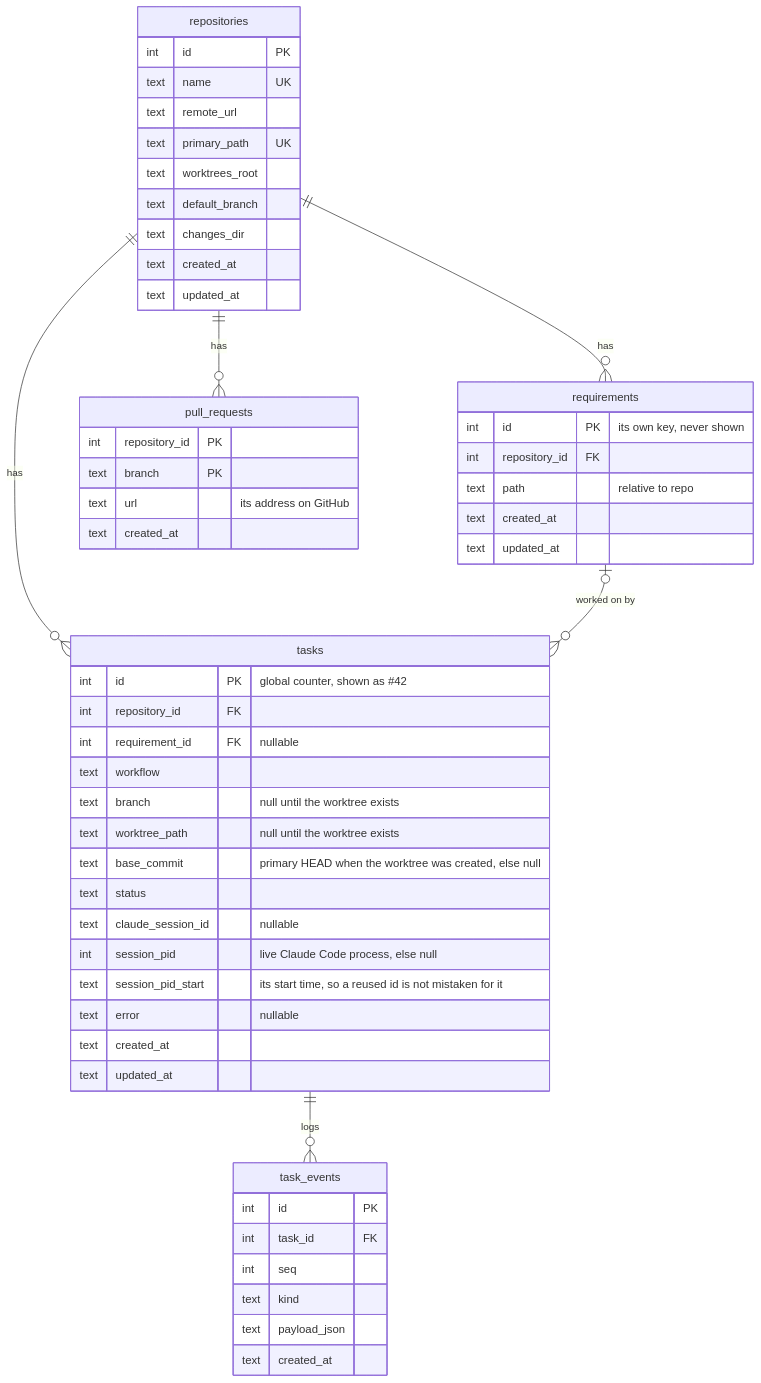
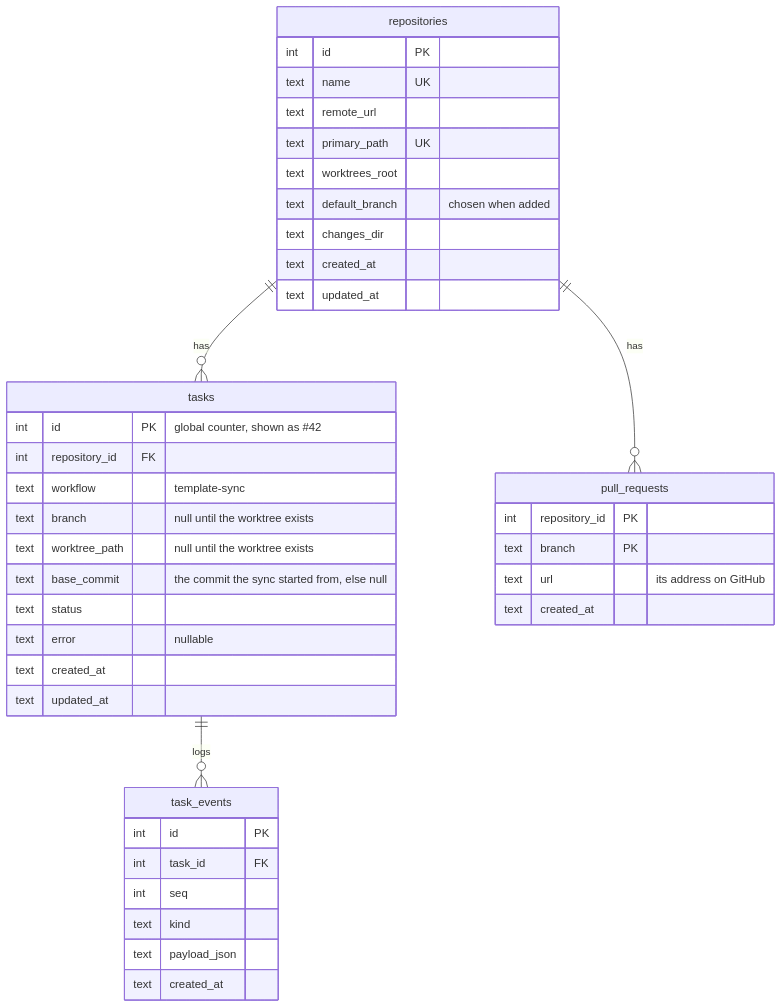
One commit to eliveikis/repocop changed the second of 5 diagrams in specs/architecture.md. Above: the diagram before and after it, drawn with Mermaid. The commit also changed other lines of this file and 140 other files, not shown here.

````diff
--- a/specs/architecture.md
+++ b/specs/architecture.md
@@ -73,57 +76,44 @@
 ```mermaid
 erDiagram
-    repositories ||--o{ requirements : has
     repositories ||--o{ tasks : has
-    requirements |o--o{ tasks : "worked on by"
     tasks ||--o{ task_events : logs
     repositories ||--o{ pull_requests : has
 
     repositories {
         int id PK
         text name UK
         text remote_url
         text primary_path UK
         text worktrees_root
-        text default_branch
+        text default_branch "chosen when added"
         text changes_dir
-        text created_at
-        text updated_at
-    }
-    requirements {
-        int id PK "its own key, never shown"
-        int repository_id FK
-        text path "relative to repo"
         text created_at
         text updated_at
     }
     tasks {
         int id PK "global counter, shown as #42"
         int repository_id FK
-        int requirement_id FK "nullable"
-        text workflow
+        text workflow "template-sync"
         text branch "null until the worktree exists"
         text worktree_path "null until the worktree exists"
-        text base_commit "primary HEAD when the worktree was created, else null"
+        text base_commit "the commit the sync started from, else null"
         text status
-        text claude_session_id "nullable"
-        int session_pid "live Claude Code process, else null"
-        text session_pid_start "its start time, so a reused id is not mistaken for it"
         text error "nullable"
         text created_at
         text updated_at
     }
     task_events {
         int id PK
         int task_id FK
         int seq
         text kind
         text payload_json
         text created_at
     }
     pull_requests {
         int repository_id PK
         text branch PK
         text url "its address on GitHub"
         text created_at
     }
 ```
````
